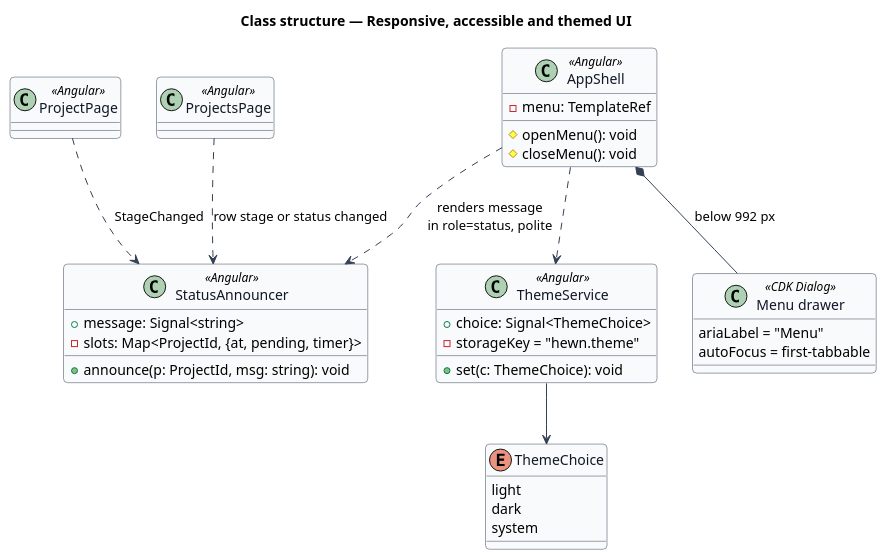
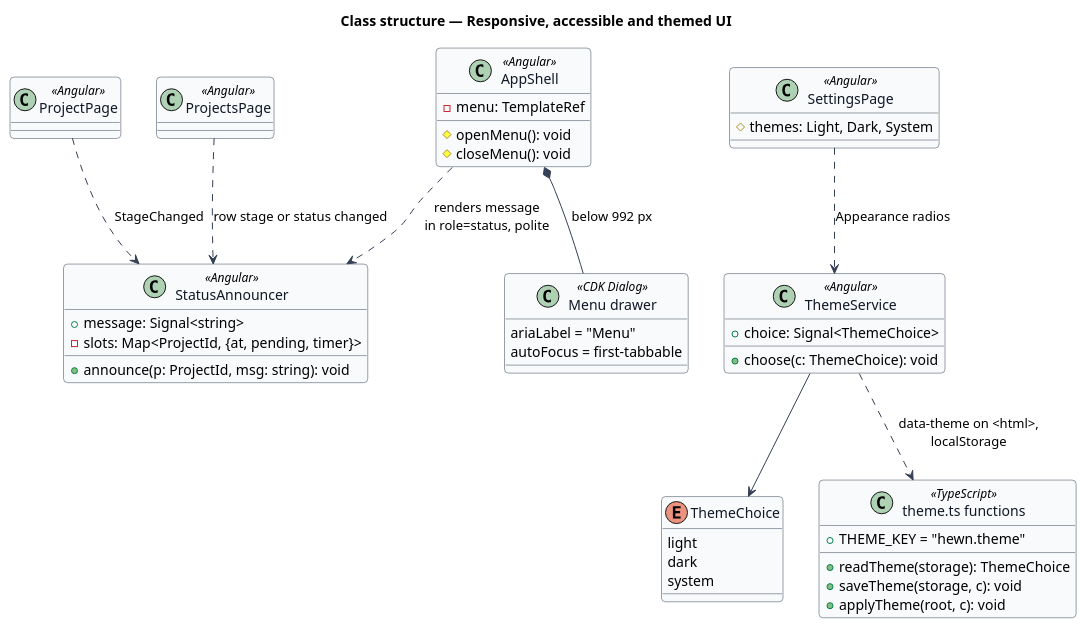
The diagram in docs/detailed-designs/mission-control/responsive-accessible-ui/diagrams/class-structure.puml (QuinntyneBrown/hewn), drawn with PlantUML before and after one commit. The commit also changed 40 other files, not shown here.

First line of the commit message:
Choose a theme (journey 35, L2-048) (#43)

```diff
--- a/docs/detailed-designs/mission-control/responsive-accessible-ui/diagrams/class-structure.puml
+++ b/docs/detailed-designs/mission-control/responsive-accessible-ui/diagrams/class-structure.puml
@@ -1,46 +1,55 @@
 @startuml
 skinparam backgroundColor #FFFFFF
 skinparam shadowing false
 skinparam roundcorner 8
 skinparam defaultFontName Arial
 skinparam ArrowColor #344054
 skinparam class {
   BorderColor #344054
   FontColor #101828
   BackgroundColor #F9FAFB
 }
 title Class structure — Responsive, accessible and themed UI
 
 class StatusAnnouncer <<Angular>> {
   +message: Signal<string>
   +announce(p: ProjectId, msg: string): void
   -slots: Map<ProjectId, {at, pending, timer}>
 }
 class ProjectPage <<Angular>>
 class ProjectsPage <<Angular>>
 enum ThemeChoice {
   light
   dark
   system
 }
 class ThemeService <<Angular>> {
   +choice: Signal<ThemeChoice>
-  +set(c: ThemeChoice): void
-  -storageKey = "hewn.theme"
+  +choose(c: ThemeChoice): void
+}
+class "theme.ts functions" as ThemeFns <<TypeScript>> {
+  +THEME_KEY = "hewn.theme"
+  +readTheme(storage): ThemeChoice
+  +saveTheme(storage, c): void
+  +applyTheme(root, c): void
+}
+class SettingsPage <<Angular>> {
+  #themes: Light, Dark, System
 }
 class AppShell <<Angular>> {
   -menu: TemplateRef
   #openMenu(): void
   #closeMenu(): void
 }
 class "Menu drawer" as MenuDrawer <<CDK Dialog>> {
   ariaLabel = "Menu"
   autoFocus = first-tabbable
 }
 ThemeService --> ThemeChoice
+ThemeService ..> ThemeFns : data-theme on <html>,\nlocalStorage
+SettingsPage ..> ThemeService : Appearance radios
 AppShell *-- MenuDrawer : below 992 px
-AppShell ..> ThemeService
 AppShell ..> StatusAnnouncer : renders message\nin role=status, polite
 ProjectPage ..> StatusAnnouncer : StageChanged
 ProjectsPage ..> StatusAnnouncer : row stage or status changed
 @enduml
```
